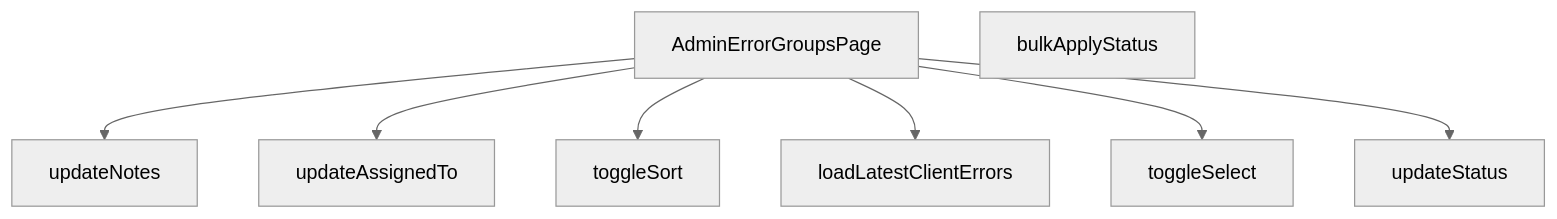
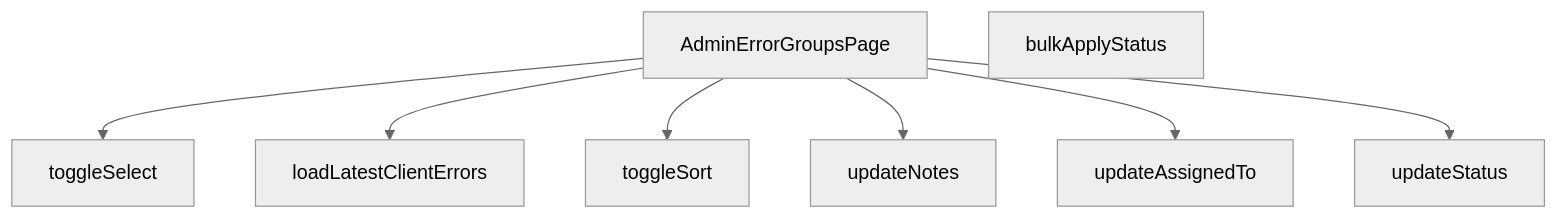
The diagram in src/views/admin/AdminErrorGroupsPage.md (peckop/venthub-hvac-esite), drawn with Mermaid (neutral theme) before and after one commit. The commit also changed other lines of this file and 113 other files, not shown here.

````diff
--- a/src/views/admin/AdminErrorGroupsPage.md
+++ b/src/views/admin/AdminErrorGroupsPage.md
@@ -220,17 +211,17 @@
 ```mermaid
 graph TD
     AdminErrorGroupsPage_tsx__AdminErrorGroupsPage["AdminErrorGroupsPage"]
     AdminErrorGroupsPage_tsx__bulkApplyStatus["bulkApplyStatus"]
     AdminErrorGroupsPage_tsx__loadLatestClientErrors["loadLatestClientErrors"]
     AdminErrorGroupsPage_tsx__toggleSelect["toggleSelect"]
     AdminErrorGroupsPage_tsx__toggleSort["toggleSort"]
     AdminErrorGroupsPage_tsx__updateAssignedTo["updateAssignedTo"]
     AdminErrorGroupsPage_tsx__updateNotes["updateNotes"]
     AdminErrorGroupsPage_tsx__updateStatus["updateStatus"]
+    AdminErrorGroupsPage_tsx__AdminErrorGroupsPage --> AdminErrorGroupsPage_tsx__toggleSelect
+    AdminErrorGroupsPage_tsx__AdminErrorGroupsPage --> AdminErrorGroupsPage_tsx__loadLatestClientErrors
+    AdminErrorGroupsPage_tsx__AdminErrorGroupsPage --> AdminErrorGroupsPage_tsx__toggleSort
     AdminErrorGroupsPage_tsx__AdminErrorGroupsPage --> AdminErrorGroupsPage_tsx__updateNotes
     AdminErrorGroupsPage_tsx__AdminErrorGroupsPage --> AdminErrorGroupsPage_tsx__updateAssignedTo
-    AdminErrorGroupsPage_tsx__AdminErrorGroupsPage --> AdminErrorGroupsPage_tsx__toggleSort
-    AdminErrorGroupsPage_tsx__AdminErrorGroupsPage --> AdminErrorGroupsPage_tsx__loadLatestClientErrors
-    AdminErrorGroupsPage_tsx__AdminErrorGroupsPage --> AdminErrorGroupsPage_tsx__toggleSelect
     AdminErrorGroupsPage_tsx__AdminErrorGroupsPage --> AdminErrorGroupsPage_tsx__updateStatus
 ```
````
